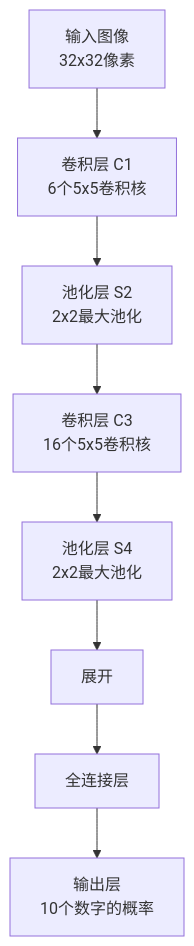
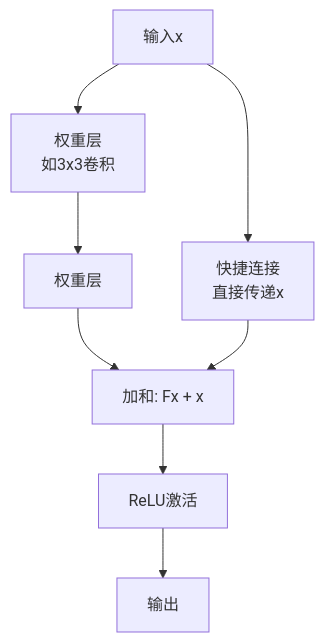
Before and after one commit to Kgumo/Note: the eighth of 10 diagrams in docs/AI/2.深度学习/4.卷积神经网络/index.md, drawn with Mermaid. The commit also changed other lines of this file and 60 other files, not shown here.

````diff
--- a/docs/AI/2.深度学习/4.卷积神经网络/index.md
+++ b/docs/AI/2.深度学习/4.卷积神经网络/index.md
@@ -489,10 +765,10 @@
 ```mermaid
-flowchart TD
-A[输入图像<br>32x32像素] --> B[卷积层 C1<br>6个5x5卷积核]
-B --> C[池化层 S2<br>2x2最大池化]
-C --> D[卷积层 C3<br>16个5x5卷积核]
-D --> E[池化层 S4<br>2x2最大池化]
-E --> F[展开]
-F --> G[全连接层]
-G --> H[输出层<br>10个数字的概率]
+graph TD
+A[输入x] --> B[权重层<br>如3x3卷积]
+A --> C[快捷连接<br>直接传递x]
+B --> D[权重层]
+D --> E[加和: Fx + x]
+C --> E
+E --> F[ReLU激活]
+F --> G[输出]
 ```
````
